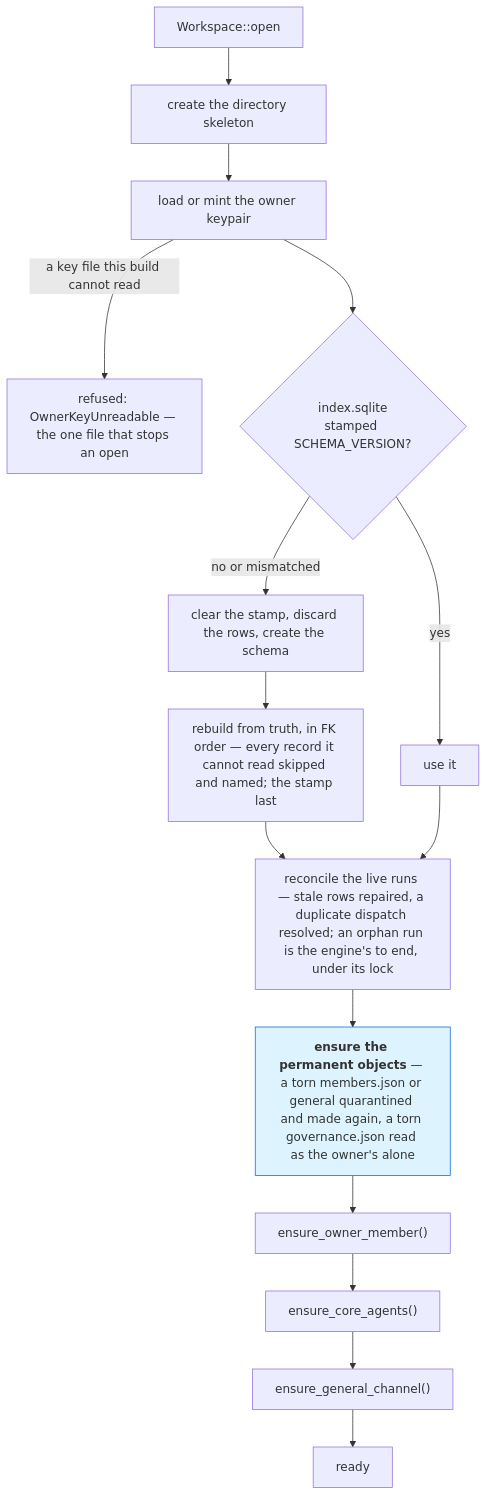
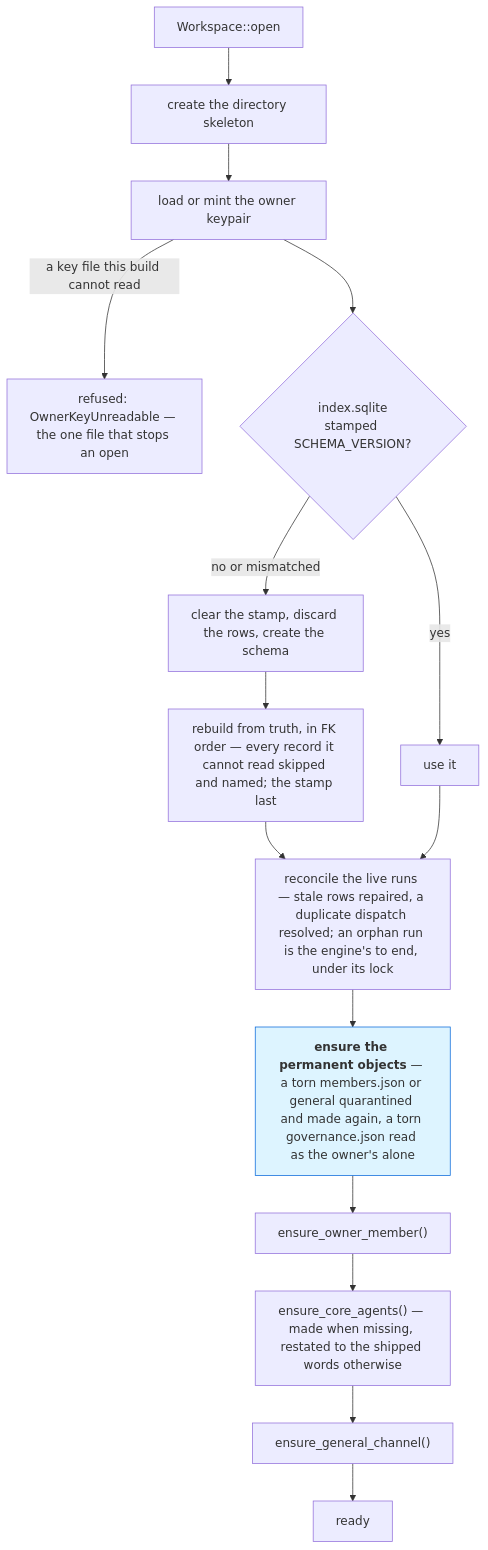
The diagram in docs/architecture/08-persistence.md (mourad-ghafiri/Bisa), drawn with Mermaid before and after one commit. The commit also changed 44 other files, not shown here.

````diff
--- a/docs/architecture/08-persistence.md
+++ b/docs/architecture/08-persistence.md
@@ -851,19 +851,19 @@
 ```mermaid
 graph TB
     open["Workspace::open"] --> dirs["create the directory skeleton"]
     dirs --> keys["load or mint the owner keypair"]
     keys -->|"a key file this build cannot read"| stop["refused: OwnerKeyUnreadable — the one file that stops an open"]
     keys --> idx{"index.sqlite<br/>stamped SCHEMA_VERSION?"}
     idx -->|"no or mismatched"| fresh["clear the stamp, discard the rows, create the schema"]
     idx -->|"yes"| ok["use it"]
     fresh --> rebuild["rebuild from truth, in FK order — every record it cannot read skipped and named; the stamp last"]
     rebuild --> reconcile
     ok --> reconcile
     reconcile["reconcile the live runs — stale rows repaired, a duplicate dispatch resolved; an orphan run is the engine's to end, under its lock"] --> ensure
     ensure["<b>ensure the permanent objects</b> — a torn members.json or general quarantined and made again, a torn governance.json read as the owner's alone"] --> a["ensure_owner_member()"]
-    a --> b["ensure_core_agents()"]
+    a --> b["ensure_core_agents() — made when missing, restated to the shipped words otherwise"]
     b --> c["ensure_general_channel()"]
     c --> ready["ready"]
 
     style ensure fill:#ddf4ff,stroke:#0969da
 ```
````
